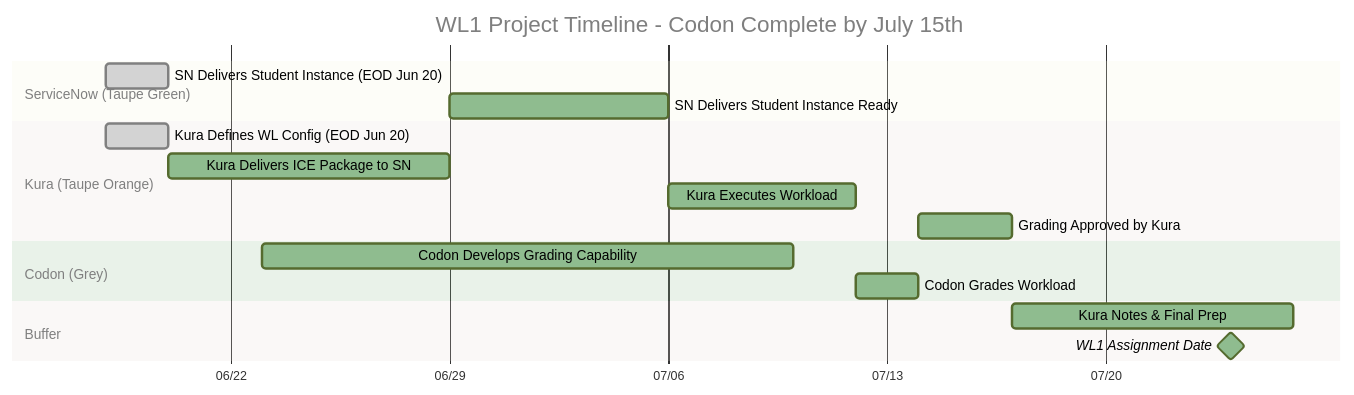
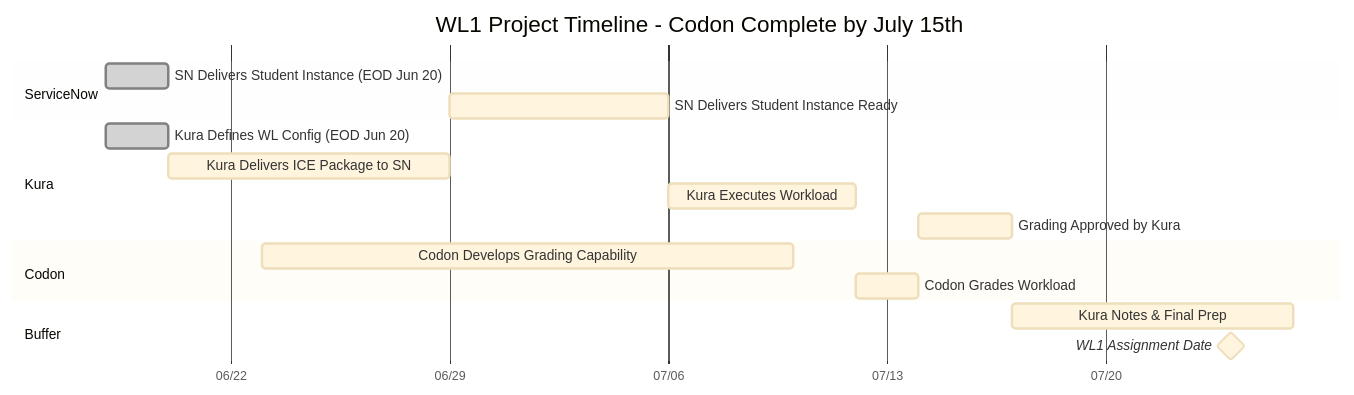
The diagram in readme.md (elmorenox/wl1_mermaid), drawn with Mermaid before and after one commit.

````diff
--- a/readme.md
+++ b/readme.md
@@ -5,25 +5,25 @@
 ```mermaid
-%%{init: {'theme':'base', 'themeVariables': { 'primaryColor': '#8fbc8f', 'primaryTextColor': '#000', 'primaryBorderColor': '#556b2f', 'lineColor': '#556b2f', 'sectionBkgColor': '#f5f5dc', 'altSectionBkgColor': '#e6ddd4', 'gridColor': '#556b2f', 'secondaryColor': '#cd853f', 'tertiaryColor': '#808080', 'section0': '#8fbc8f', 'section1': '#cd853f', 'section2': '#808080', 'section3': '#f5f5dc'}}}%%
+%%{init: {'theme':'base', 'themeVariables': { 'cScale0': '#8fbc8f', 'cScale1': '#cd853f', 'cScale2': '#808080', 'cScale3': '#d3d3d3'}}}%%
 gantt
     title WL1 Project Timeline - Codon Complete by July 15th
     dateFormat YYYY-MM-DD
     axisFormat %m/%d
     
-    section ServiceNow (Taupe Green)
+    section ServiceNow
     SN Delivers Student Instance (EOD Jun 20)     :done, sn1, 2025-06-18, 2025-06-20
     SN Delivers Student Instance Ready            :sn3, after kura2, 7d
     
-    section Kura (Taupe Orange)
+    section Kura
     Kura Defines WL Config (EOD Jun 20)          :done, kura1, 2025-06-18, 2025-06-20
     Kura Delivers ICE Package to SN              :kura2, after sn1, 9d
     Kura Executes Workload                       :kura4, after sn3, 6d
     Grading Approved by Kura                     :kura8, after codon7, 3d
     
-    section Codon (Grey)
+    section Codon
     Codon Develops Grading Capability            :codon6, 2025-06-23, 2025-07-10
     Codon Grades Workload                        :codon7, after kura4, 2d
     
     section Buffer
     Kura Notes & Final Prep                      :buffer, after kura8, 9d
     WL1 Assignment Date                          :milestone, assignment, 2025-07-24, 0d
 ```
````
